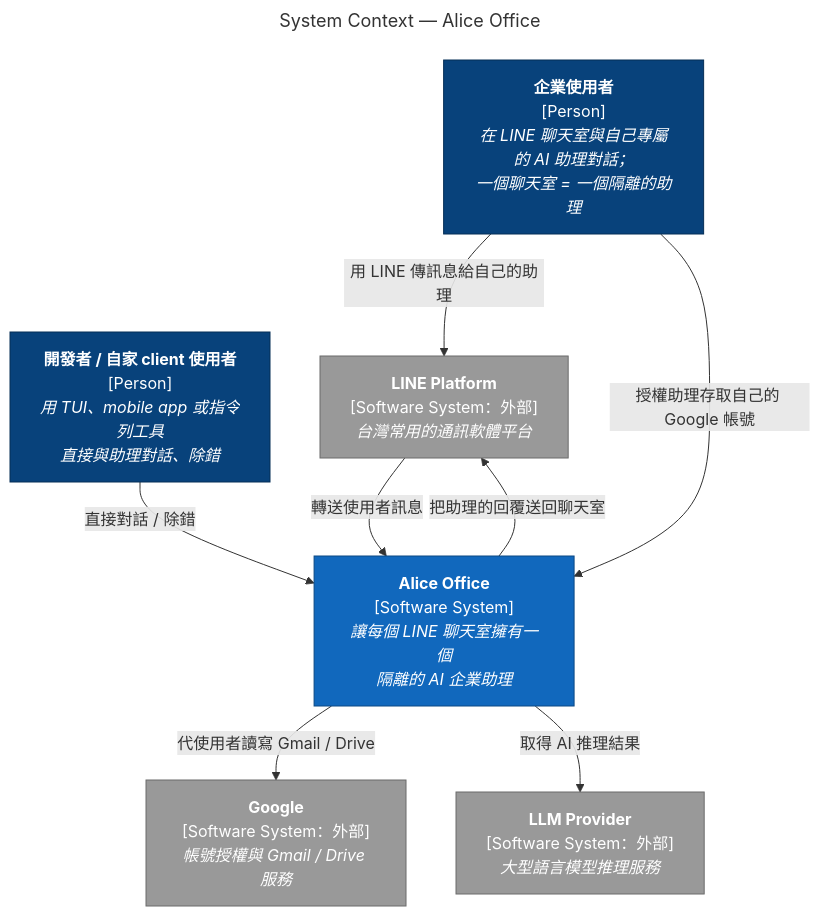
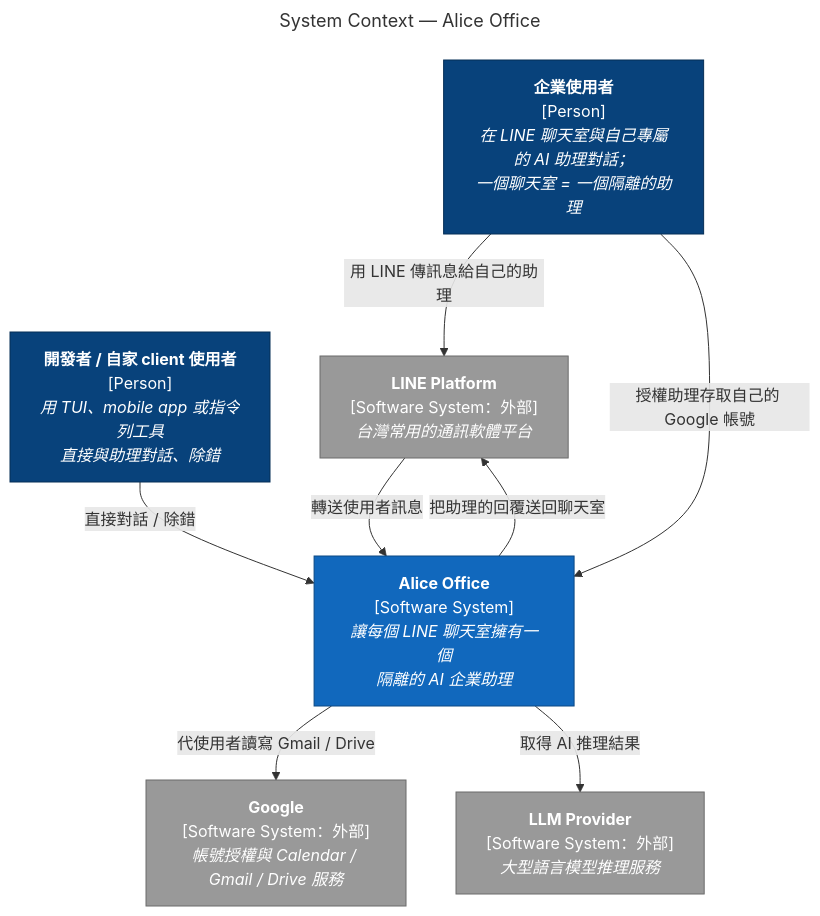
Before and after one commit to marychouchou/alice-office: the first of 4 diagrams in docs/architecture-c4.md, drawn with Mermaid. The commit also changed other lines of this file and 4 other files, not shown here.

````diff
--- a/docs/architecture-c4.md
+++ b/docs/architecture-c4.md
@@ -28,24 +29,24 @@
 ```mermaid
 ---
 title: "System Context — Alice Office"
 ---
 flowchart TB
   classDef person fill:#08427b,color:#fff,stroke:#052e56
   classDef system fill:#1168bd,color:#fff,stroke:#0b4884
   classDef ext fill:#999999,color:#fff,stroke:#6b6b6b
 
   employee["<b>企業使用者</b><br/>[Person]<br/><i>在 LINE 聊天室與自己專屬的 AI 助理對話；<br/>一個聊天室 = 一個隔離的助理</i>"]:::person
   dev["<b>開發者 / 自家 client 使用者</b><br/>[Person]<br/><i>用 TUI、mobile app 或指令列工具<br/>直接與助理對話、除錯</i>"]:::person
   alice["<b>Alice Office</b><br/>[Software System]<br/><i>讓每個 LINE 聊天室擁有一個<br/>隔離的 AI 企業助理</i>"]:::system
   line["<b>LINE Platform</b><br/>[Software System：外部]<br/><i>台灣常用的通訊軟體平台</i>"]:::ext
-  google["<b>Google</b><br/>[Software System：外部]<br/><i>帳號授權與 Gmail / Drive 服務</i>"]:::ext
+  google["<b>Google</b><br/>[Software System：外部]<br/><i>帳號授權與 Calendar / Gmail / Drive 服務</i>"]:::ext
   llm["<b>LLM Provider</b><br/>[Software System：外部]<br/><i>大型語言模型推理服務</i>"]:::ext
 
   employee -- "用 LINE 傳訊息給自己的助理" --> line
   line -- "轉送使用者訊息" --> alice
   alice -- "把助理的回覆送回聊天室" --> line
   dev -- "直接對話 / 除錯" --> alice
   employee -- "授權助理存取自己的 Google 帳號" --> alice
   alice -- "代使用者讀寫 Gmail / Drive" --> google
   alice -- "取得 AI 推理結果" --> llm
 ```
````
